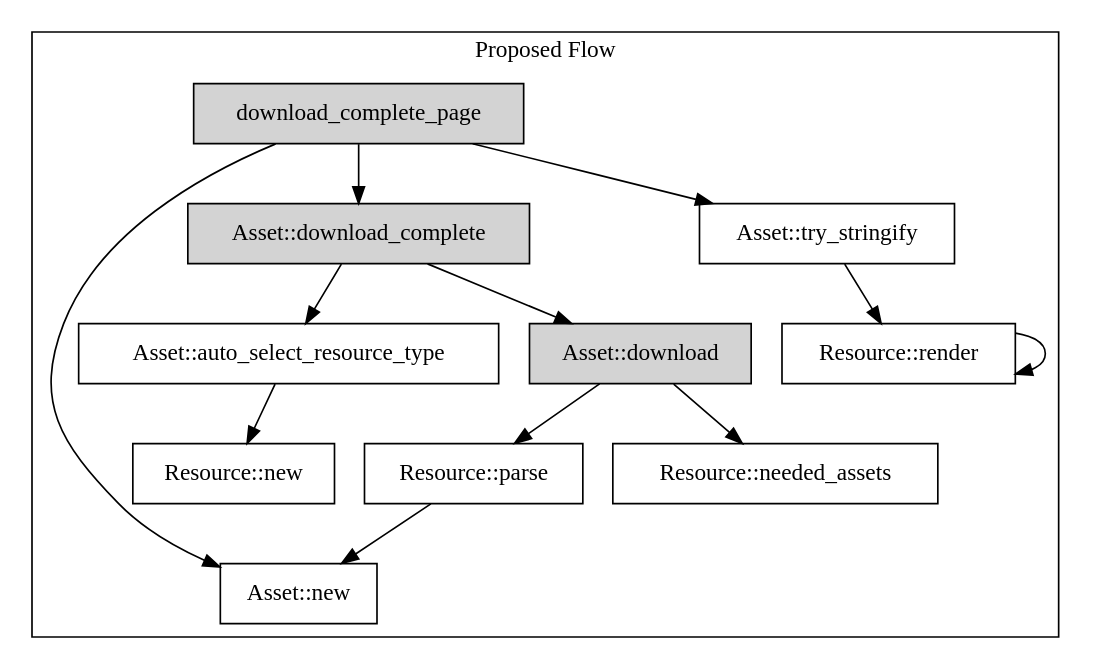
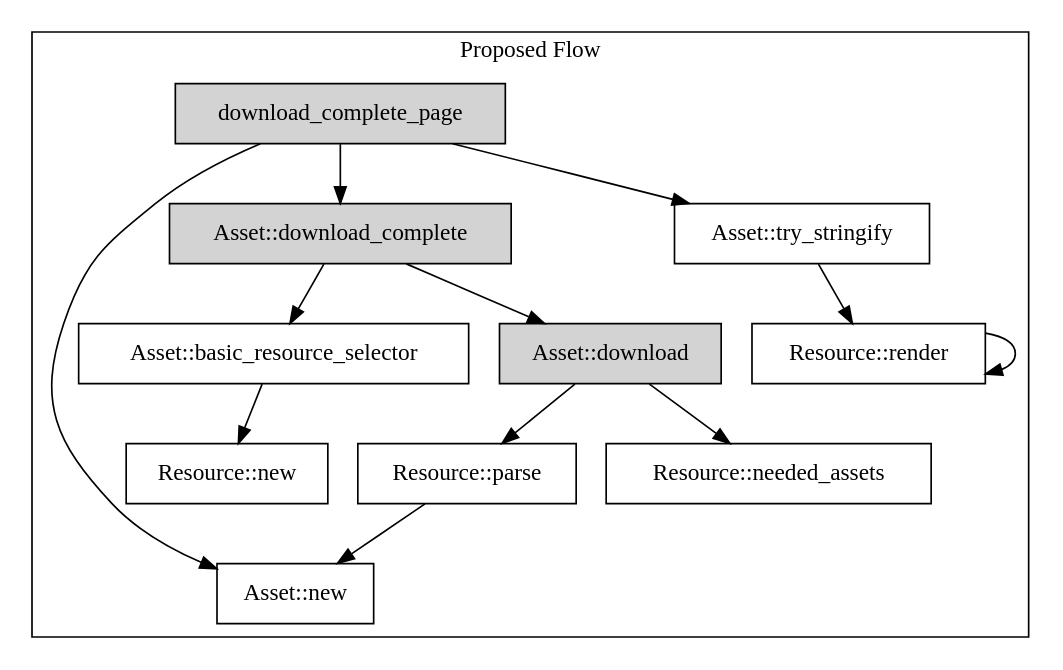
Before and after one commit to Alch-Emi/monolith: the diagram in graphs/proposed.gv, drawn with Graphviz.

Commit message:
Updated graphs to reflect commit db8534

```diff
--- a/graphs/proposed.gv
+++ b/graphs/proposed.gv
@@ -1,24 +1,24 @@
 digraph Current {
     node[shape="box"];
 
     subgraph cluster0 {
         label = "Proposed Flow"
 
         download_complete_page [style=filled]
         "Asset::new"
         "Asset::download_complete" [style=filled]
-        "Asset::auto_select_resource_type"
+        "Asset::basic_resource_selector"
         "Asset::download" [style=filled]
         download_complete_page -> "Asset::new";
         download_complete_page -> "Asset::download_complete";
-        "Asset::download_complete" -> "Asset::auto_select_resource_type";
+        "Asset::download_complete" -> "Asset::basic_resource_selector";
         "Asset::download_complete" -> "Asset::download";
-        "Asset::auto_select_resource_type" -> "Resource::new"
+        "Asset::basic_resource_selector" -> "Resource::new"
         "Asset::download" -> "Resource::parse";
         "Asset::download" -> "Resource::needed_assets";
         download_complete_page -> "Asset::try_stringify"
         "Asset::try_stringify" -> "Resource::render"
         "Resource::render" -> "Resource::render"
         "Resource::parse" -> "Asset::new";
     }
 }
```
